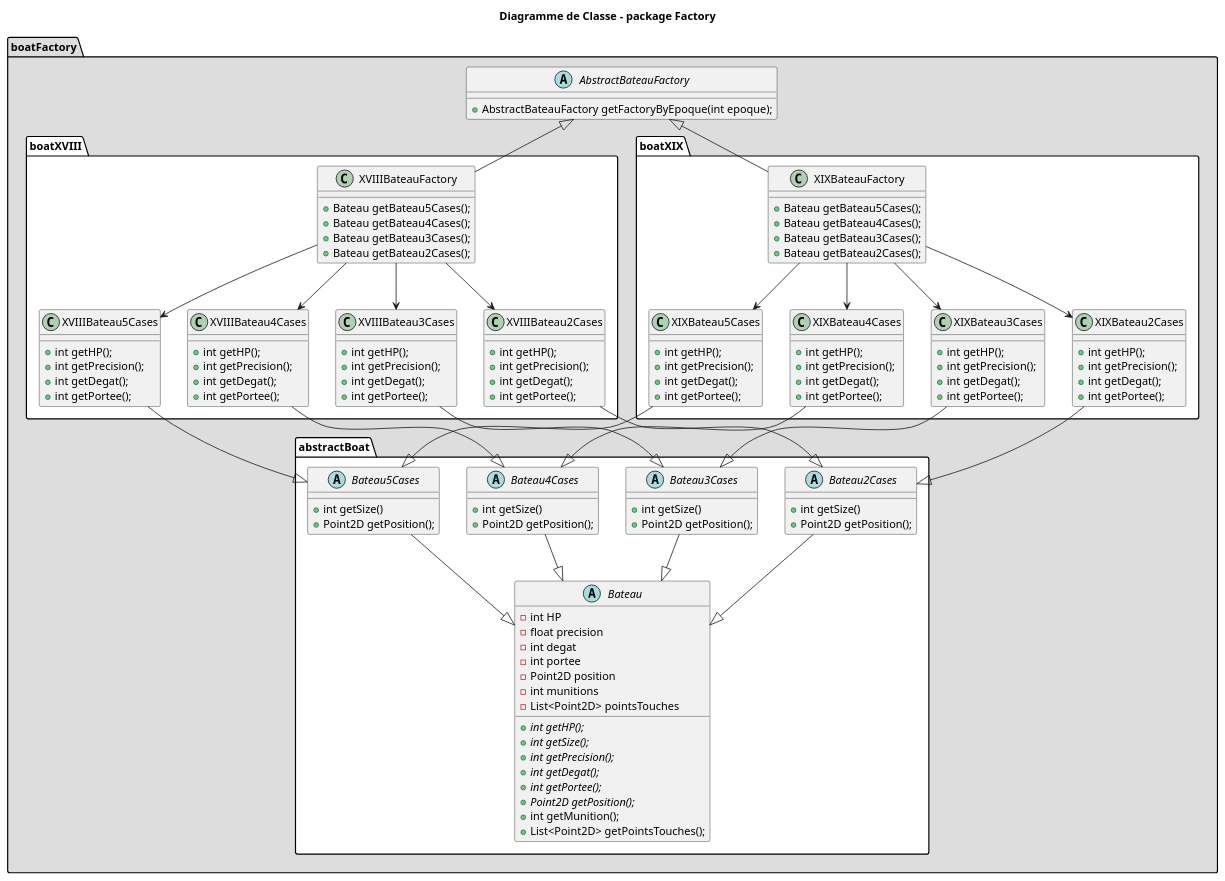
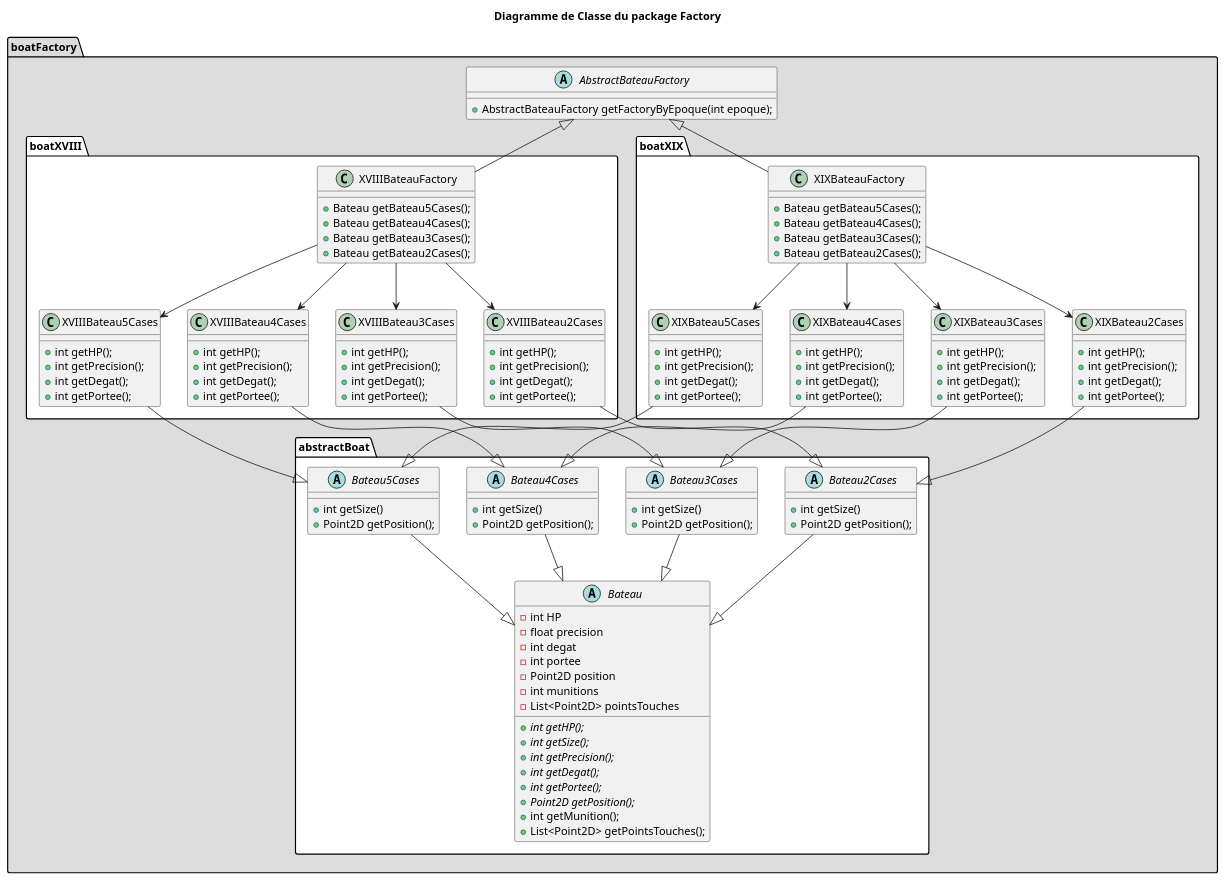
The diagram in conception/class_package_factory.plantuml (AntoineCourtil/CAD2018_Laraclette), drawn with PlantUML before and after one commit. The commit also changed 7 other files, not shown here.

```diff
--- a/conception/class_package_factory.plantuml
+++ b/conception/class_package_factory.plantuml
@@ -1,6 +1,6 @@
 @startuml
 
-title Diagramme de Classe - package Factory
+title Diagramme de Classe du package Factory
 
 package boatFactory #DDDDDD {
     
```
